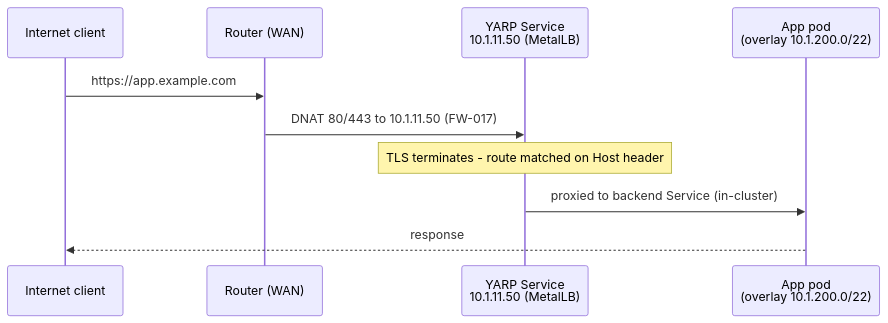
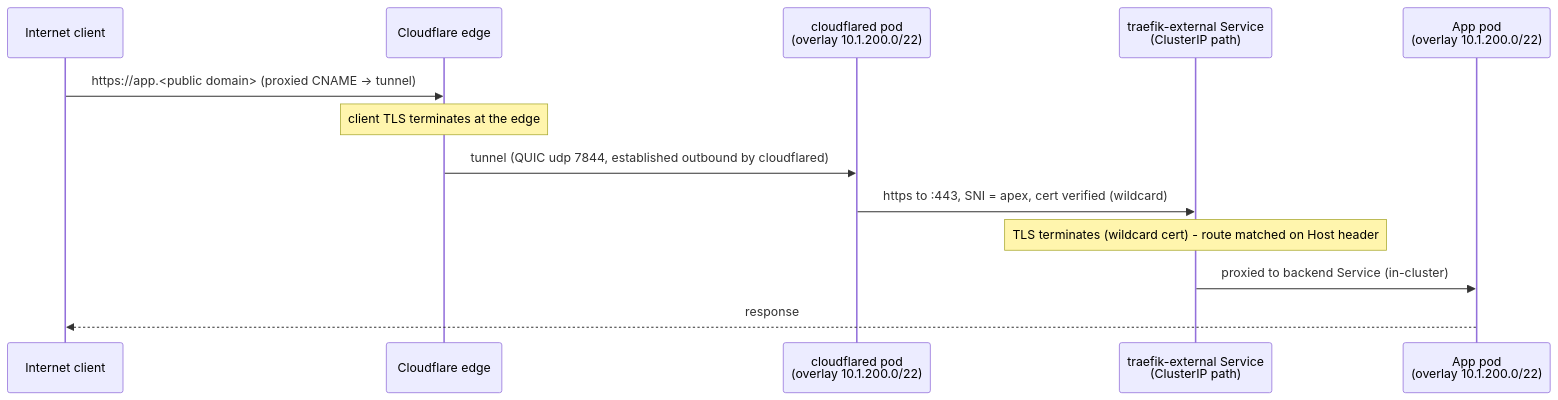
One commit to RYFOJE/Home_Lab changed the third of 3 diagrams in documentation/networking/wifi_and_isolation.md. Above: the diagram before and after it, drawn with Mermaid. The commit also changed other lines of this file and 31 other files, not shown here.

````diff
--- a/documentation/networking/wifi_and_isolation.md
+++ b/documentation/networking/wifi_and_isolation.md
@@ -130,13 +170,16 @@
 ```mermaid
 sequenceDiagram
     participant C as Internet client
-    participant R as Router (WAN)
-    participant Y as YARP Service<br/>10.1.11.50 (MetalLB)
+    participant E as Cloudflare edge
+    participant D as cloudflared pod<br/>(overlay 10.1.200.0/22)
+    participant T as traefik-external Service<br/>(ClusterIP path)
     participant P as App pod<br/>(overlay 10.1.200.0/22)
 
-    C->>R: https://app.example.com
-    R->>Y: DNAT 80/443 to 10.1.11.50 (FW-017)
-    Note over Y: TLS terminates - route matched on Host header
-    Y->>P: proxied to backend Service (in-cluster)
+    C->>E: https://app.<public domain> (proxied CNAME -> tunnel)
+    Note over E: client TLS terminates at the edge
+    E->>D: tunnel (QUIC udp 7844, established outbound by cloudflared)
+    D->>T: https to :443, SNI = apex, cert verified (wildcard)
+    Note over T: TLS terminates (wildcard cert) - route matched on Host header
+    T->>P: proxied to backend Service (in-cluster)
     P-->>C: response
 ```
````
